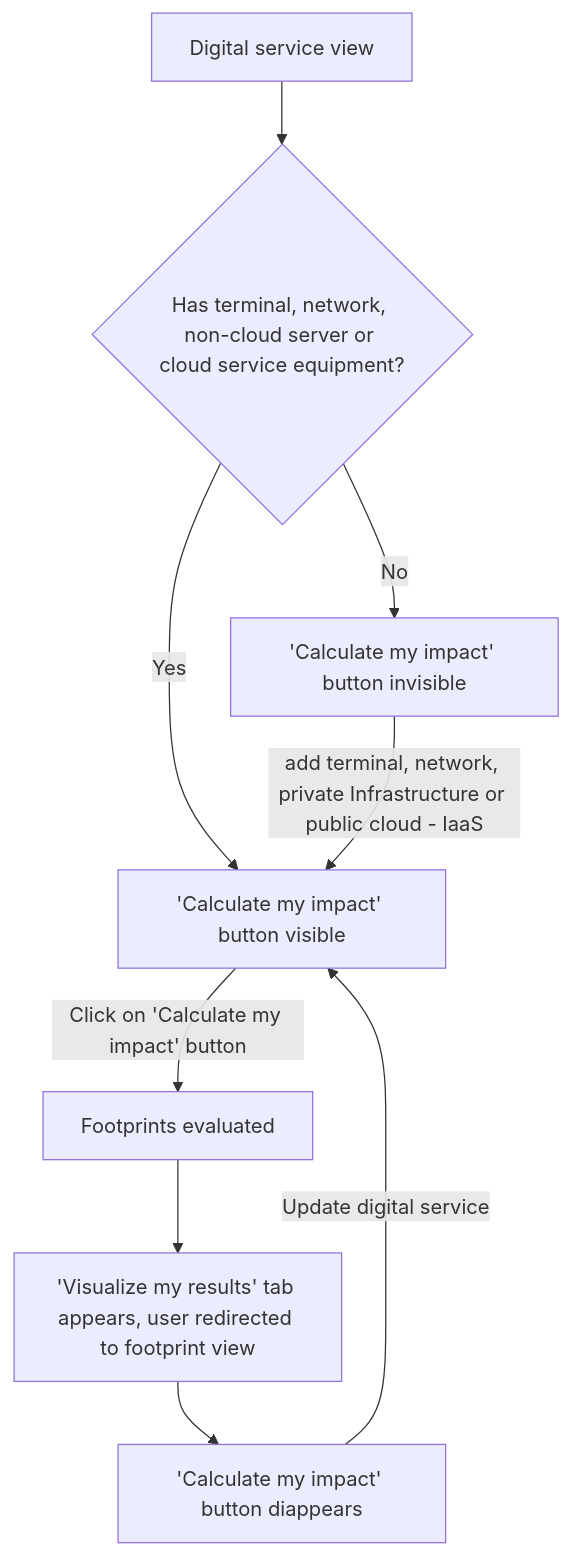
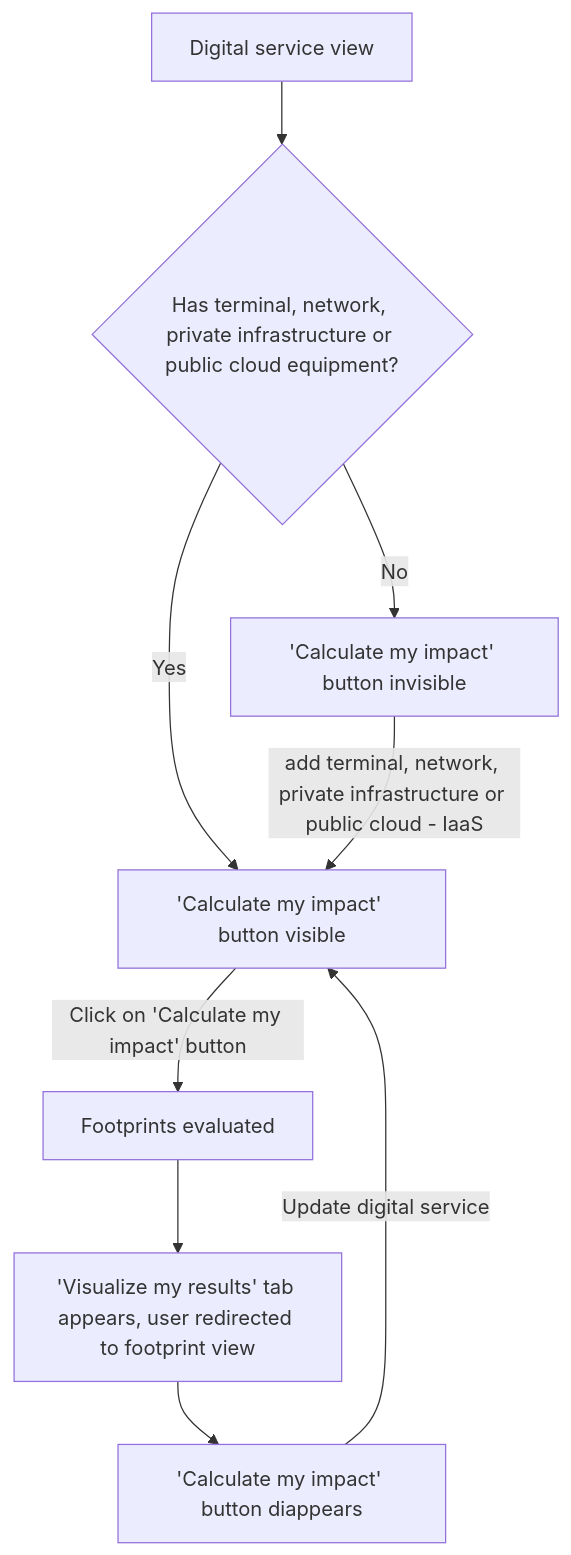
Before and after one commit to teamg4it/g4it: the first of 3 diagrams in services/documentation/content/2-functional-documentation/use_cases/uc_digital_services/uc4_launch_estimation.md, drawn with Mermaid.

Commit message:
feat(1482): update load doc

```diff
--- a/services/documentation/content/2-functional-documentation/use_cases/uc_digital_services/uc4_launch_estimation.md
+++ b/services/documentation/content/2-functional-documentation/use_cases/uc_digital_services/uc4_launch_estimation.md
@@ -25,8 +25,8 @@
 {{< mermaid align="center">}}
 graph TD;
 
-Step1[Digital service view]--> Decision1{Has terminal, network, non-cloud server or cloud service equipment?}
+Step1[Digital service view]--> Decision1{Has terminal, network, private infrastructure or public cloud equipment?}
 Decision1 -->|Yes|Step2['Calculate my impact' button visible]
-Decision1 -->|No|Step3['Calculate my impact' button invisible] --> |add terminal, network, private Infrastructure or public cloud - IaaS|Step2-->|Click on 'Calculate my impact' button|Step4[Footprints evaluated]-->Step5['Visualize my results' tab appears, user redirected to footprint view] -->Step6['Calculate my impact' button diappears]-->|Update digital service|Step2
+Decision1 -->|No|Step3['Calculate my impact' button invisible] --> |add terminal, network, private infrastructure or public cloud - IaaS|Step2-->|Click on 'Calculate my impact' button|Step4[Footprints evaluated]-->Step5['Visualize my results' tab appears, user redirected to footprint view] -->Step6['Calculate my impact' button diappears]-->|Update digital service|Step2
 
 {{< /mermaid >}}
```
